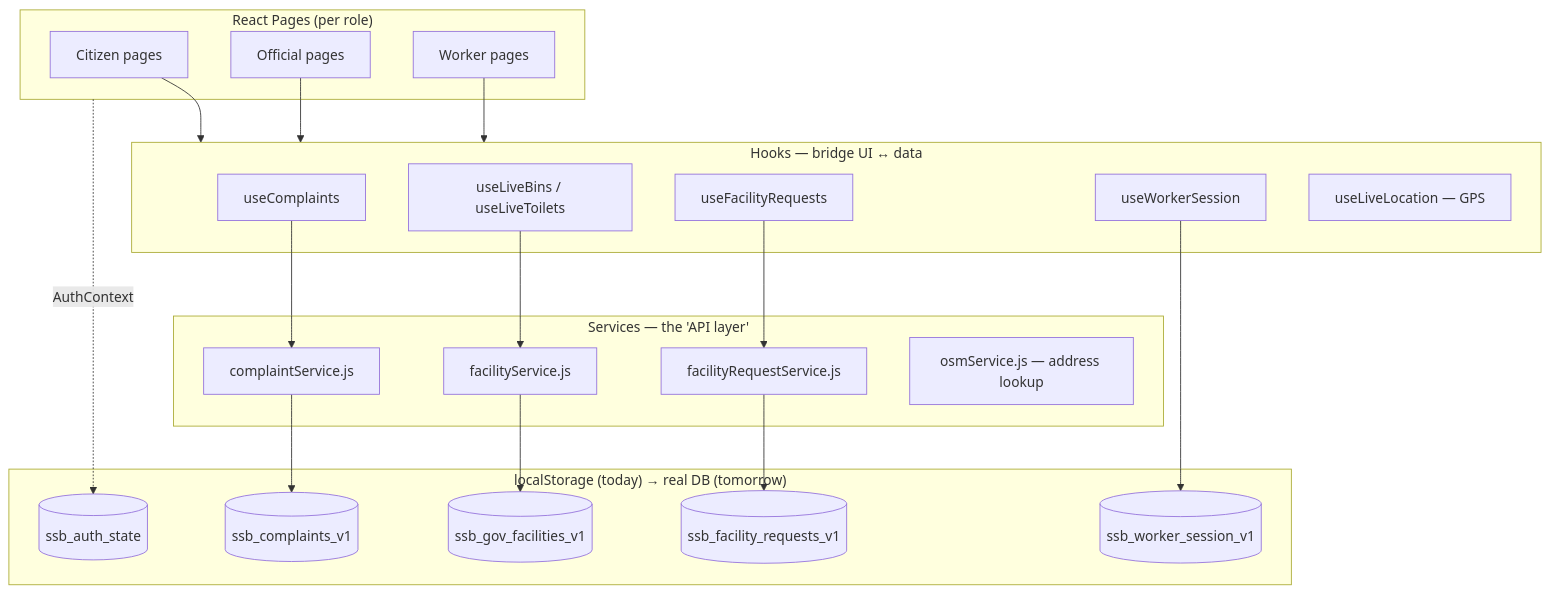
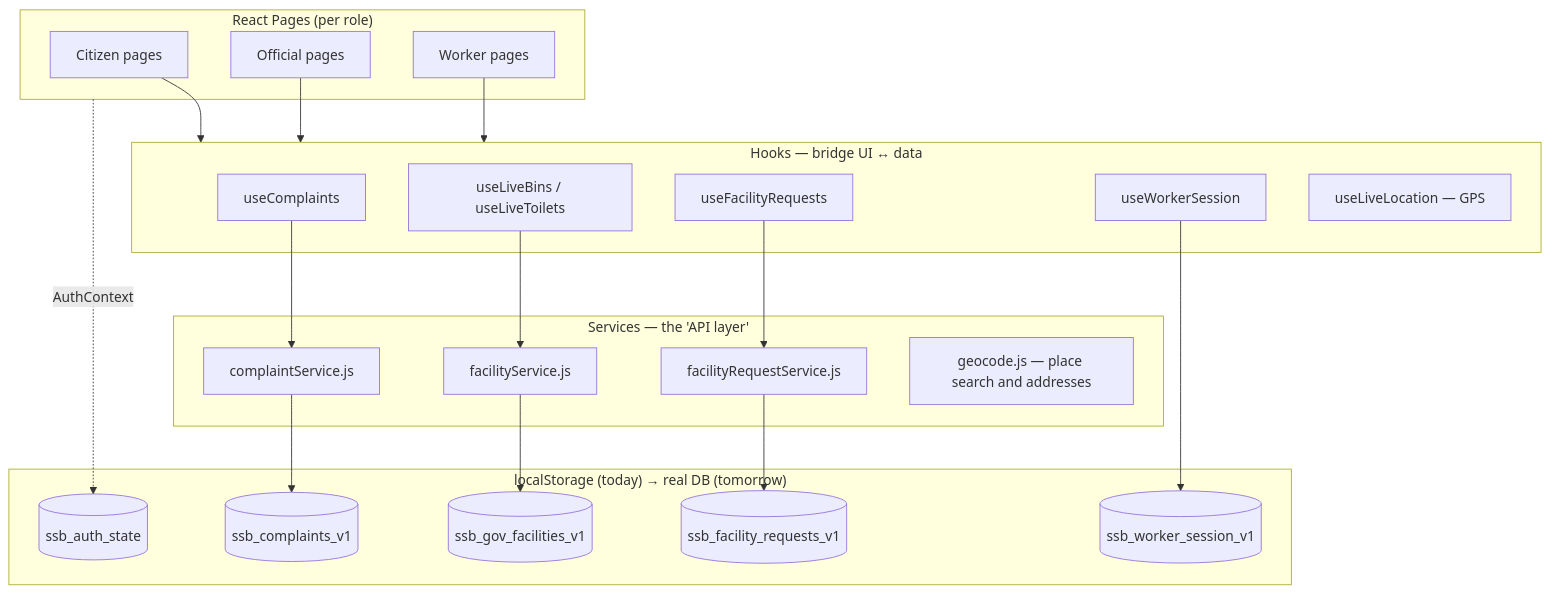
The third of 7 diagrams in SYSTEM_DESIGN.md (gauravdhanaliya/smart-swachh-bharat), drawn with Mermaid before and after one commit. The commit also changed 399 other files, not shown here.

````diff
--- a/SYSTEM_DESIGN.md
+++ b/SYSTEM_DESIGN.md
@@ -83,41 +83,41 @@
 ```mermaid
 flowchart TB
     subgraph UI["React Pages (per role)"]
       P1[Citizen pages]
       P2[Official pages]
       P3[Worker pages]
     end
 
     subgraph Hooks["Hooks — bridge UI ↔ data"]
       H1[useComplaints]
       H2[useLiveBins / useLiveToilets]
       H3[useFacilityRequests]
       H4[useWorkerSession]
       H5[useLiveLocation — GPS]
     end
 
     subgraph Services["Services — the 'API layer'"]
       S1[complaintService.js]
       S2[facilityService.js]
       S3[facilityRequestService.js]
-      S4[osmService.js — address lookup]
+      S4[geocode.js — place search and addresses]
     end
 
     subgraph Store["localStorage (today) → real DB (tomorrow)"]
       DB1[(ssb_complaints_v1)]
       DB2[(ssb_gov_facilities_v1)]
       DB3[(ssb_facility_requests_v1)]
       DB4[(ssb_auth_state)]
       DB5[(ssb_worker_session_v1)]
     end
 
     P1 & P2 & P3 --> Hooks
     H1 --> S1
     H2 --> S2
     H3 --> S3
     S1 --> DB1
     S2 --> DB2
     S3 --> DB3
     H4 --> DB5
     UI -.->|AuthContext| DB4
 ```
````
